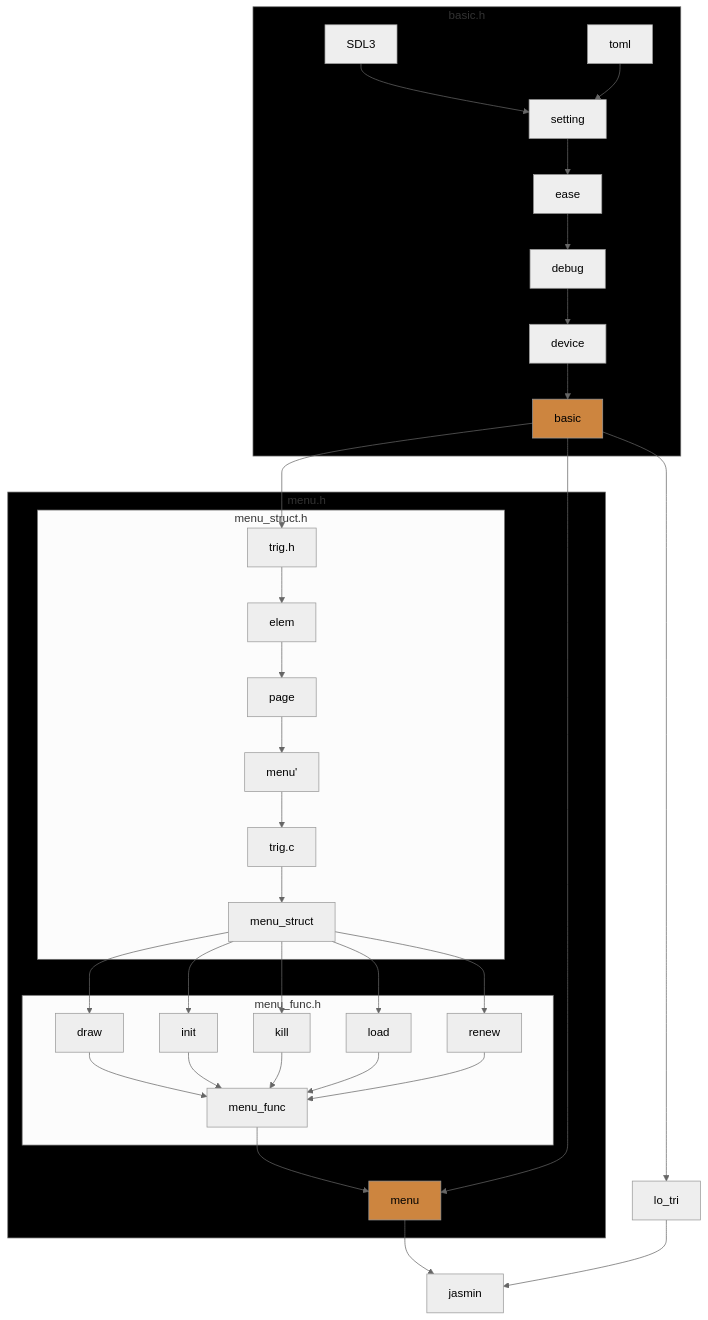
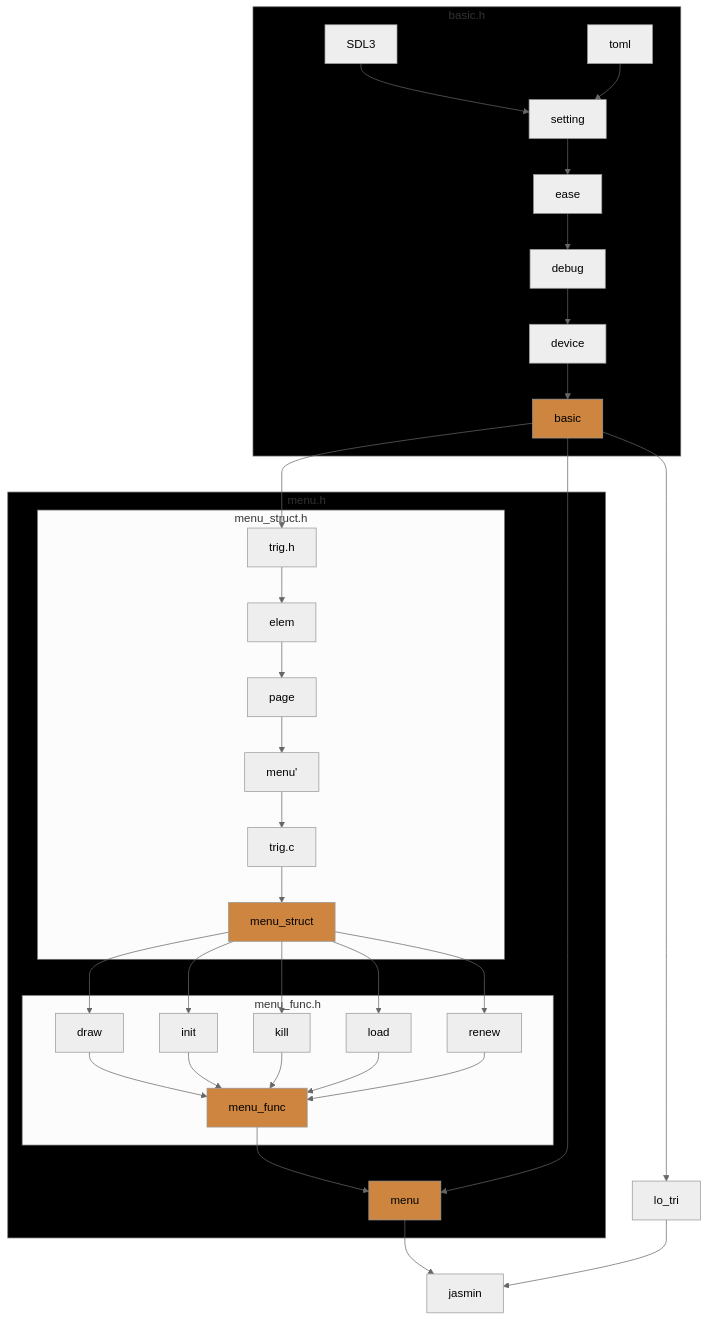
One commit to ShilianShen/Jasmin changed the diagram in src/jasmin/README.md. Above: the diagram before and after it, drawn with Mermaid (neutral theme). The commit also changed other lines of this file, not shown here.

Commit message:
update jasmin

````diff
--- a/src/jasmin/README.md
+++ b/src/jasmin/README.md
@@ -19,28 +15,32 @@
 ```mermaid
-graph TB
+graph
     subgraph basic.h
         SDL3 --> setting
         toml --> setting --> ease --> debug --> device --> basic
     end
-    style basic.h fill: black
-    style basic fill: peru
 
     subgraph menu.h
         subgraph menu_struct.h
             basic --> trig.h --> elem --> page --> menu' --> trig.c --> menu_struct
         end
+
         subgraph menu_func.h
             menu_struct --> draw --> menu_func
             menu_struct --> init --> menu_func
             menu_struct --> kill --> menu_func
             menu_struct --> load --> menu_func
             menu_struct --> renew --> menu_func
         end
         menu_func --> menu
     end
+  
+    style basic.h fill: black
     style menu.h fill: black
+    style basic fill: peru
+    style menu_struct fill: peru
+    style menu_func fill: peru
     style menu fill: peru
 
     basic --> menu --> jasmin
     basic --> lo_tri --> jasmin
 ```
````
